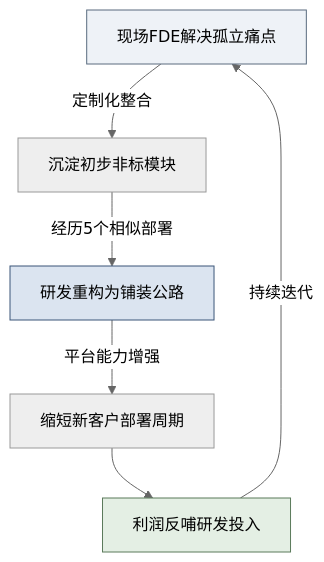
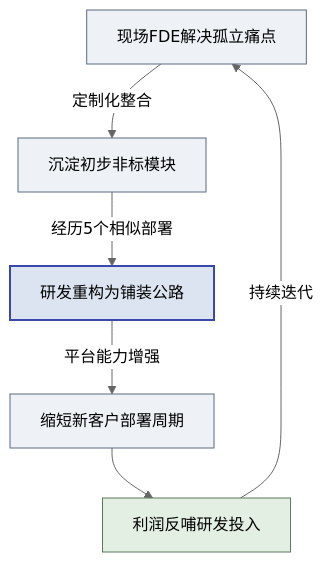
Before and after one commit to cloudzun/fde-course: the first of 2 diagrams in textbook/第04章_Palantir经典案例集.md, drawn with Mermaid (neutral theme). The commit also changed other lines of this file and 12 other files, not shown here.

Commit message:
style: 全库21张mermaid图规范化——节点ID语义化+品牌色统一+补齐图注，第11章新增反馈环路图

````diff
--- a/textbook/第04章_Palantir经典案例集.md
+++ b/textbook/第04章_Palantir经典案例集.md
@@ -117,12 +117,14 @@
 ```mermaid
 graph TD
-    A["现场FDE解决孤立痛点"] -->|定制化整合| B["沉淀初步非标模块"]
-    B -->|经历5个相似部署| C["研发重构为铺装公路"]
-    C -->|平台能力增强| D["缩短新客户部署周期"]
-    D --> E["利润反哺研发投入"]
-    E -->|持续迭代| A
+    pit["现场FDE解决孤立痛点"] -->|定制化整合| mod["沉淀初步非标模块"]
+    mod -->|经历5个相似部署| road["研发重构为铺装公路"]
+    road -->|平台能力增强| fast["缩短新客户部署周期"]
+    fast --> fund["利润反哺研发投入"]
+    fund -->|持续迭代| pit
     
-    style A fill:#eef2f7,stroke:#5a6b7f
-    style C fill:#dbe4f0,stroke:#3a5578
-    style E fill:#e4efe4,stroke:#5b7a5b
+    style pit fill:#eef2f7,stroke:#5a6b7f
+    style mod fill:#eef2f7,stroke:#5a6b7f
+    style road fill:#dbe4f0,stroke:#3949ab,stroke-width:2px
+    style fast fill:#eef2f7,stroke:#5a6b7f
+    style fund fill:#e4efe4,stroke:#5b7a5b
 ```
````
